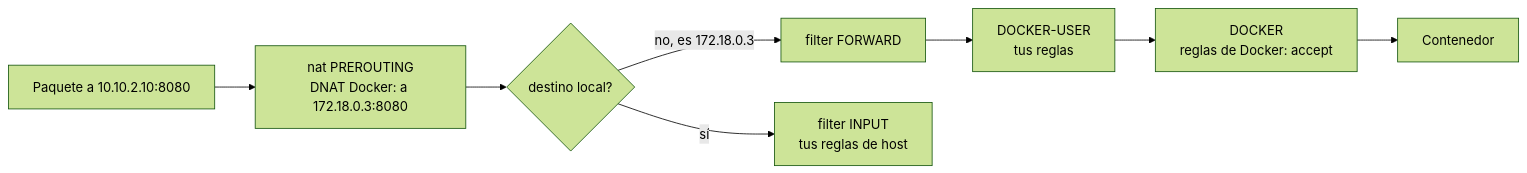
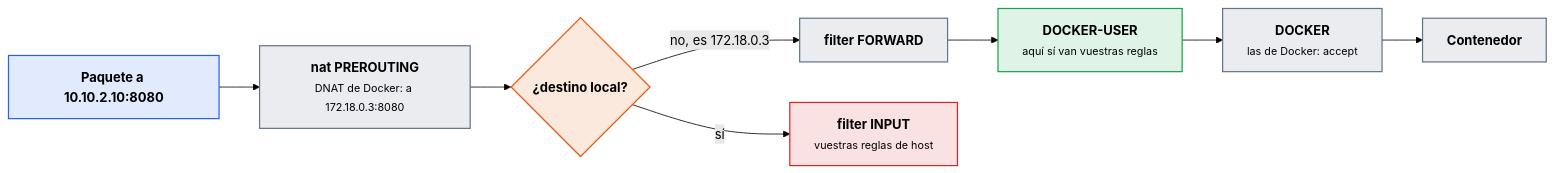
Before and after one commit to victor-educ/apuntes-5169: the third of 5 diagrams in docs/ut/ut3-seguridad-monitorizacion.md, drawn with Mermaid (forest theme). The commit also changed other lines of this file and 13 other files, not shown here.

First line of the commit message:
Temporalización definitiva, gramática visual y diagramas en todas las unidades

````diff
--- a/docs/ut/ut3-seguridad-monitorizacion.md
+++ b/docs/ut/ut3-seguridad-monitorizacion.md
@@ -293,10 +334,20 @@
 ```mermaid
 flowchart LR
-    IN[Paquete a 10.10.2.10:8080] --> PRE[nat PREROUTING<br>DNAT Docker: a 172.18.0.3:8080]
-    PRE --> DEC{destino local?}
-    DEC -->|no, es 172.18.0.3| FWD[filter FORWARD]
-    DEC -->|sí| INPUT[filter INPUT<br>tus reglas de host]
-    FWD --> DU[DOCKER-USER<br>tus reglas]
-    DU --> DK[DOCKER<br>reglas de Docker: accept]
-    DK --> CT[Contenedor]
+    IN["<b>Paquete a 10.10.2.10:8080</b>"]:::dato
+    PRE["<b>nat PREROUTING</b><br><small>DNAT de Docker: a 172.18.0.3:8080</small>"]:::pieza
+    DEC{"<b>¿destino local?</b>"}:::act
+    FWD["<b>filter FORWARD</b>"]:::pieza
+    INPUT["<b>filter INPUT</b><br><small>vuestras reglas de host</small>"]:::riesgo
+    DU["<b>DOCKER-USER</b><br><small>aquí sí van vuestras reglas</small>"]:::ok
+    DK["<b>DOCKER</b><br><small>las de Docker: accept</small>"]:::pieza
+    CT["<b>Contenedor</b>"]:::pieza
+    IN --> PRE --> DEC
+    DEC -->|"no, es 172.18.0.3"| FWD --> DU --> DK --> CT
+    DEC -->|sí| INPUT
+    classDef act fill:#ea580c22,stroke:#ea580c,stroke-width:1.5px
+    classDef pieza fill:#64748b22,stroke:#64748b,stroke-width:1.5px
+    classDef dato fill:#2563eb22,stroke:#2563eb,stroke-width:1.5px
+    classDef infra fill:#a1a1aa14,stroke:#a1a1aa,stroke-width:1.5px
+    classDef ok fill:#16a34a22,stroke:#16a34a,stroke-width:1.5px
+    classDef riesgo fill:#dc262622,stroke:#dc2626,stroke-width:1.5px
 ```
````
